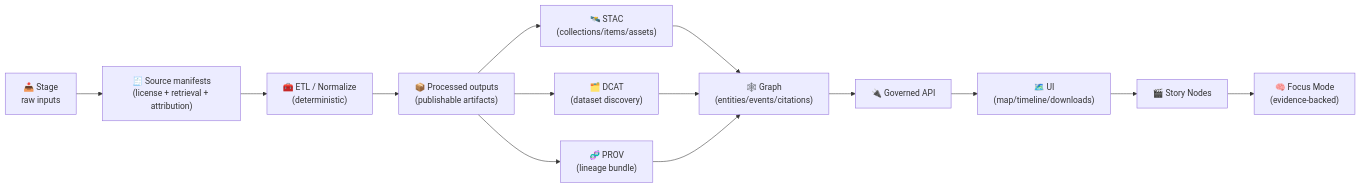
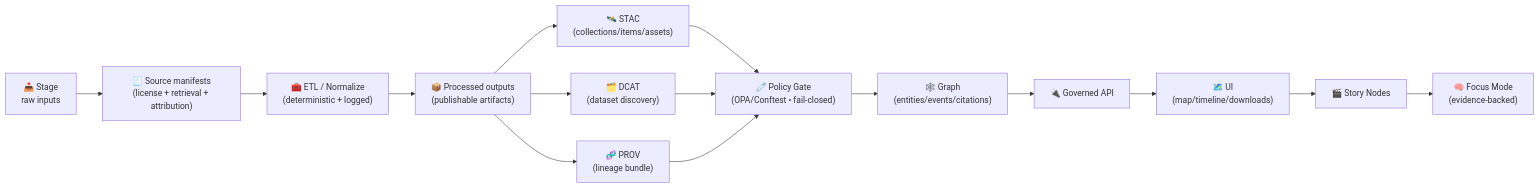
Before and after one commit to bartytime4life/Kansas-Frontier-Matrix: the diagram in data/catalog/README.md, drawn with Mermaid. The commit also changed other lines of this file, not shown here.

````diff
--- a/data/catalog/README.md
+++ b/data/catalog/README.md
@@ -89,19 +100,20 @@
 ```mermaid
 flowchart LR
   RAW["📥 Stage<br/>raw inputs"] --> SOURCES["🧾 Source manifests<br/>(license + retrieval + attribution)"]
-  SOURCES --> ETL["🧰 ETL / Normalize<br/>(deterministic)"]
+  SOURCES --> ETL["🧰 ETL / Normalize<br/>(deterministic + logged)"]
   ETL --> OUT["📦 Processed outputs<br/>(publishable artifacts)"]
 
   OUT --> STAC["🛰️ STAC<br/>(collections/items/assets)"]
   OUT --> DCAT["🗂️ DCAT<br/>(dataset discovery)"]
   OUT --> PROV["🧬 PROV<br/>(lineage bundle)"]
 
-  STAC --> GRAPH["🕸️ Graph<br/>(entities/events/citations)"]
-  DCAT --> GRAPH
-  PROV --> GRAPH
+  STAC --> POLICY["🧷 Policy Gate<br/>(OPA/Conftest • fail-closed)"]
+  DCAT --> POLICY
+  PROV --> POLICY
 
+  POLICY --> GRAPH["🕸️ Graph<br/>(entities/events/citations)"]
   GRAPH --> API["🔌 Governed API"]
   API --> UI["🗺️ UI<br/>(map/timeline/downloads)"]
   UI --> STORY["🎬 Story Nodes"]
   STORY --> FOCUS["🧠 Focus Mode<br/>(evidence-backed)"]
 ```
````
